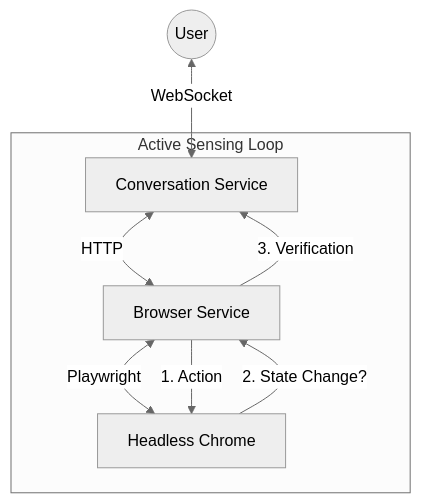
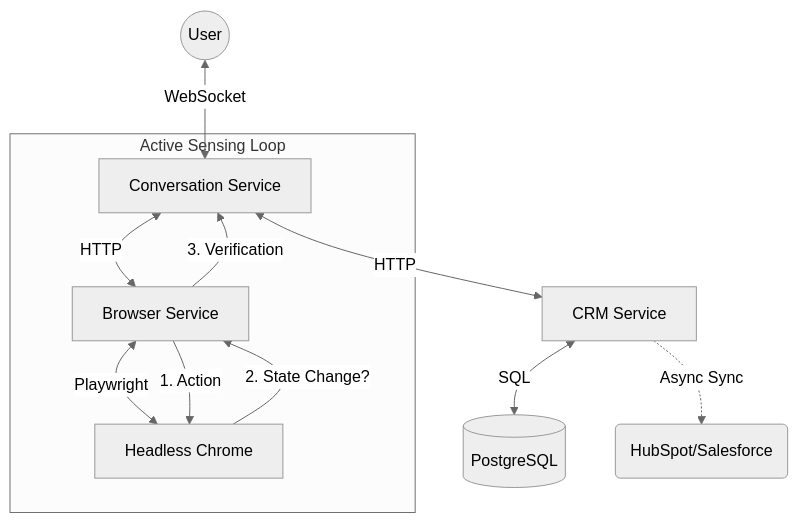
One commit to syed-m07/KeetoSalesAgent changed the diagram in README.md. Above: the diagram before and after it, drawn with Mermaid (neutral theme). The commit also changed other lines of this file, not shown here.

````diff
--- a/README.md
+++ b/README.md
@@ -17,12 +17,15 @@
 ```mermaid
 graph TD
     User((User)) <-->|WebSocket| Conv[Conversation Service]
     Conv <-->|HTTP| Browser[Browser Service]
     Browser <-->|Playwright| Chrome[Headless Chrome]
+    Conv <-->|HTTP| CRM[CRM Service]
+    CRM <-->|SQL| DB[(PostgreSQL)]
+    CRM -.->|Async Sync| ExtCRM(HubSpot/Salesforce)
     
     subgraph "Active Sensing Loop"
         Browser --1. Action--> Chrome
         Chrome --2. State Change?--> Browser
         Browser --3. Verification--> Conv
     end
 ```
````
